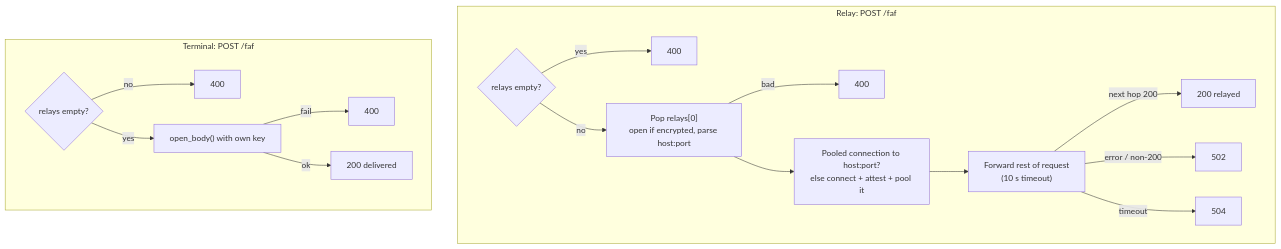
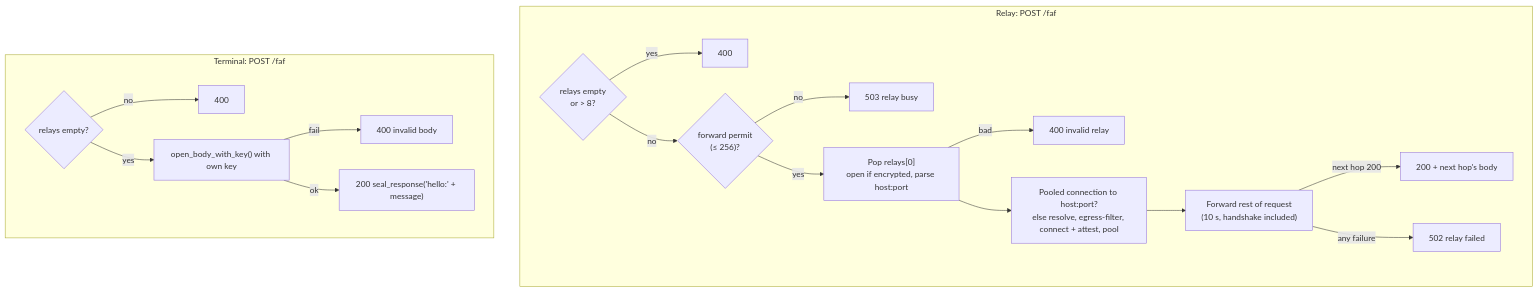
Before and after one commit to Lanetus/TTKServer: the eighth of 10 diagrams in docs/src/ARCHITECTURE.md, drawn with Mermaid. The commit also changed other lines of this file and 9 other files, not shown here.

First line of the commit message:
fix: update the mdBook architecture docs to the current workspace (#76)

````diff
--- a/docs/src/ARCHITECTURE.md
+++ b/docs/src/ARCHITECTURE.md
@@ -271,20 +373,21 @@
 ```mermaid
 flowchart TD
     subgraph Relay["Relay: POST /faf"]
-        r1{"relays empty?"} -- yes --> r400["400"]
-        r1 -- no --> r2["Pop relays[0]<br/>open if encrypted, parse host:port"]
-        r2 -- bad --> r400b["400"]
-        r2 --> r3["Pooled connection to host:port?<br/>else connect + attest + pool it"]
-        r3 --> r4["Forward rest of request<br/>(10 s timeout)"]
-        r4 -- "next hop 200" --> r200["200 relayed"]
-        r4 -- "error / non-200" --> r502["502"]
-        r4 -- timeout --> r504["504"]
+        r1{"relays empty<br/>or > 8?"} -- yes --> r400["400"]
+        r1 -- no --> rb{"forward permit<br/>(≤ 256)?"}
+        rb -- no --> r503["503 relay busy"]
+        rb -- yes --> r2["Pop relays[0]<br/>open if encrypted, parse host:port"]
+        r2 -- bad --> r400b["400 invalid relay"]
+        r2 --> r3["Pooled connection to host:port?<br/>else resolve, egress-filter, connect + attest, pool"]
+        r3 --> r4["Forward rest of request<br/>(10 s, handshake included)"]
+        r4 -- "next hop 200" --> r200["200 + next hop's body"]
+        r4 -- "any failure" --> r502["502 relay failed"]
     end
 
     subgraph Terminal["Terminal: POST /faf"]
         t1{"relays empty?"} -- no --> t400["400"]
-        t1 -- yes --> t2["open_body() with own key"]
-        t2 -- fail --> t400b["400"]
-        t2 -- ok --> t200["200 delivered"]
+        t1 -- yes --> t2["open_body_with_key() with own key"]
+        t2 -- fail --> t400b["400 invalid body"]
+        t2 -- ok --> t200["200 seal_response('hello:' + message)"]
     end
 ```
````
